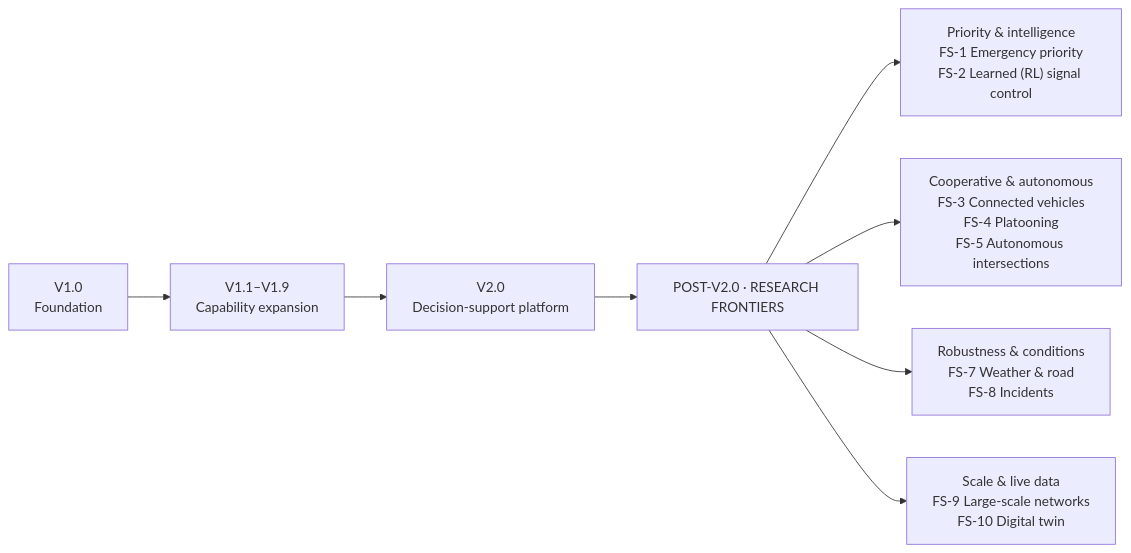
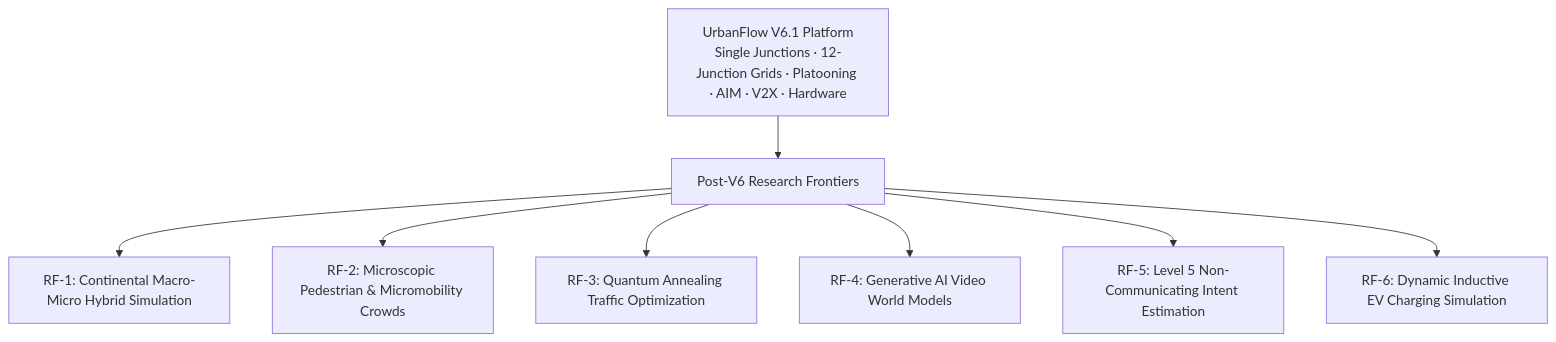
The diagram in docs/future-scope/future_scope.md (Viraj281105/Traffic-Simulation), drawn with Mermaid before and after one commit. The commit also changed other lines of this file and 8 other files, not shown here.

````diff
--- a/docs/future-scope/future_scope.md
+++ b/docs/future-scope/future_scope.md
@@ -7,9 +32,11 @@
 ```mermaid
-flowchart LR
-    V10["V1.0<br/>Foundation"] --> V1X["V1.1–V1.9<br/>Capability expansion"] --> V20["V2.0<br/>Decision-support platform"]
-    V20 --> FS["POST-V2.0 · RESEARCH FRONTIERS"]
-    FS --> A["Priority & intelligence<br/>FS-1 Emergency priority<br/>FS-2 Learned (RL) signal control"]
-    FS --> B["Cooperative & autonomous<br/>FS-3 Connected vehicles<br/>FS-4 Platooning<br/>FS-5 Autonomous intersections"]
-    FS --> C["Robustness & conditions<br/>FS-7 Weather & road<br/>FS-8 Incidents"]
-    FS --> D["Scale & live data<br/>FS-9 Large-scale networks<br/>FS-10 Digital twin"]
+flowchart TD
+    V6["UrbanFlow V6.1 Platform<br/>Single Junctions · 12-Junction Grids · Platooning · AIM · V2X · Hardware"] --> POST_V6["Post-V6 Research Frontiers"]
+    
+    POST_V6 --> RF1["RF-1: Continental Macro-Micro Hybrid Simulation"]
+    POST_V6 --> RF2["RF-2: Microscopic Pedestrian & Micromobility Crowds"]
+    POST_V6 --> RF3["RF-3: Quantum Annealing Traffic Optimization"]
+    POST_V6 --> RF4["RF-4: Generative AI Video World Models"]
+    POST_V6 --> RF5["RF-5: Level 5 Non-Communicating Intent Estimation"]
+    POST_V6 --> RF6["RF-6: Dynamic Inductive EV Charging Simulation"]
 ```
````
